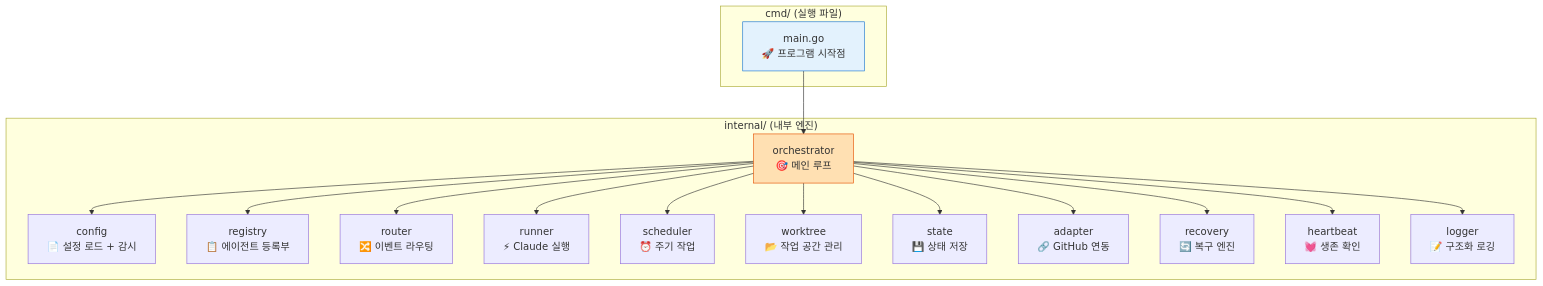
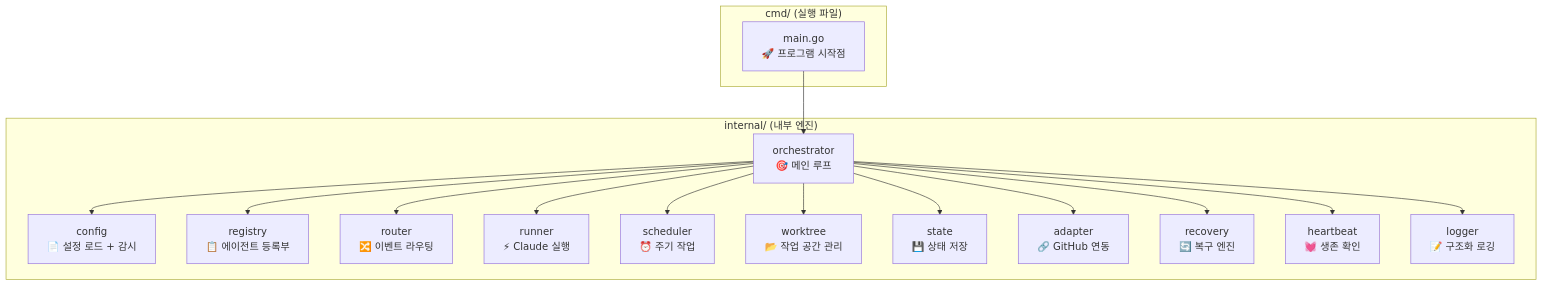
Diagram 17 of 17 in README.md (tykimos/assiharness), drawn with Mermaid before and after one commit. The commit also changed other lines of this file, not shown here.

First line of the commit message:
fix: remove Mermaid style overrides for light/dark theme compatibility

````diff
--- a/README.md
+++ b/README.md
@@ -830,50 +783,48 @@
 ```mermaid
 graph TD
     subgraph "cmd/ (실행 파일)"
         MAIN["main.go
         🚀 프로그램 시작점"]
     end
 
     subgraph "internal/ (내부 엔진)"
         ORCH["orchestrator
         🎯 메인 루프"]
         CONF["config
         📄 설정 로드 + 감시"]
         REG["registry
         📋 에이전트 등록부"]
         ROUT["router
         🔀 이벤트 라우팅"]
         RUN["runner
         ⚡ Claude 실행"]
         SCHED["scheduler
         ⏰ 주기 작업"]
         WT["worktree
         📂 작업 공간 관리"]
         ST["state
         💾 상태 저장"]
         ADAP["adapter
         🔗 GitHub 연동"]
         REC["recovery
         🔄 복구 엔진"]
         HB["heartbeat
         💓 생존 확인"]
         LOG["logger
         📝 구조화 로깅"]
     end
 
     MAIN --> ORCH
     ORCH --> CONF
     ORCH --> REG
     ORCH --> ROUT
     ORCH --> RUN
     ORCH --> SCHED
     ORCH --> WT
     ORCH --> ST
     ORCH --> ADAP
     ORCH --> REC
     ORCH --> HB
     ORCH --> LOG
 
-    style ORCH fill:#FFE0B2,stroke:#E65100
-    style MAIN fill:#E3F2FD,stroke:#1976D2
 ```
````
